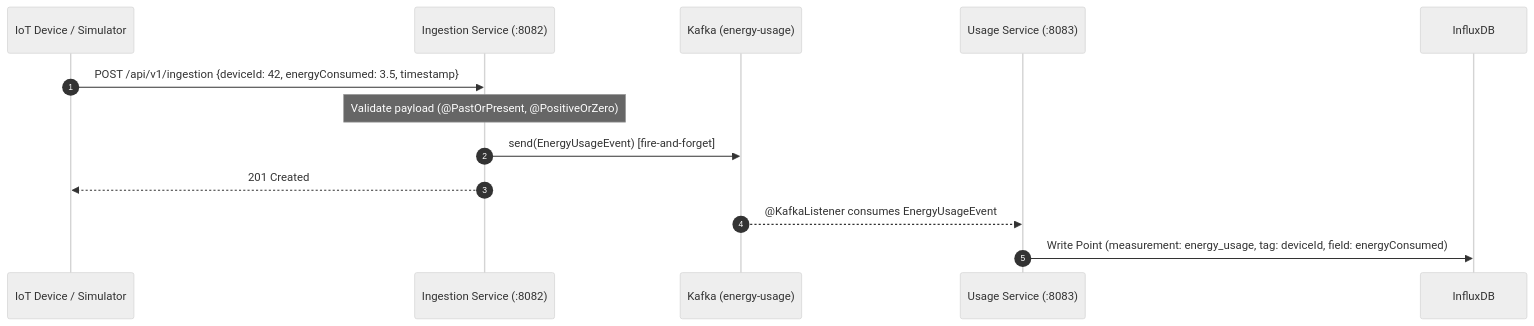
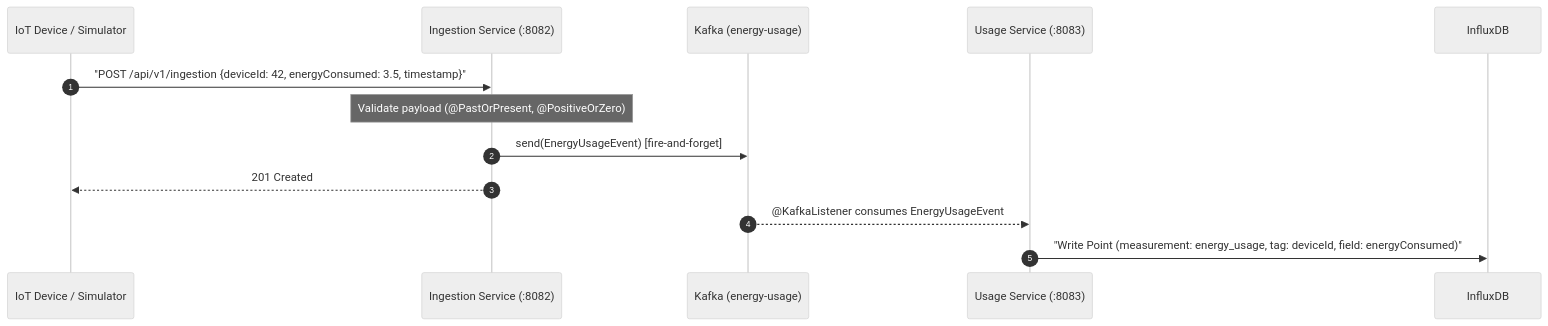
Before and after one commit to PagarciaSima/ENERGY_TRACKER_MICROSERVICES: the second of 5 diagrams in README.md, drawn with Mermaid (neutral theme). The commit also changed other lines of this file and 5 other files, not shown here.

````diff
--- a/README.md
+++ b/README.md
@@ -222,16 +222,16 @@
 ```mermaid
 sequenceDiagram
     autonumber
     participant IoT as IoT Device / Simulator
     participant Ingestion as Ingestion Service (:8082)
     participant Kafka as Kafka (energy-usage)
     participant Usage as Usage Service (:8083)
     participant Influx as InfluxDB
 
-    IoT->>Ingestion: POST /api/v1/ingestion {deviceId: 42, energyConsumed: 3.5, timestamp}
+    IoT->>Ingestion: "POST /api/v1/ingestion {deviceId: 42, energyConsumed: 3.5, timestamp}"
     Note over Ingestion: Validate payload (@PastOrPresent, @PositiveOrZero)
     Ingestion->>Kafka: send(EnergyUsageEvent) [fire-and-forget]
     Ingestion-->>IoT: 201 Created
     Kafka-->>Usage: @KafkaListener consumes EnergyUsageEvent
-    Usage->>Influx: Write Point (measurement: energy_usage, tag: deviceId, field: energyConsumed)
+    Usage->>Influx: "Write Point (measurement: energy_usage, tag: deviceId, field: energyConsumed)"
 ```
````
